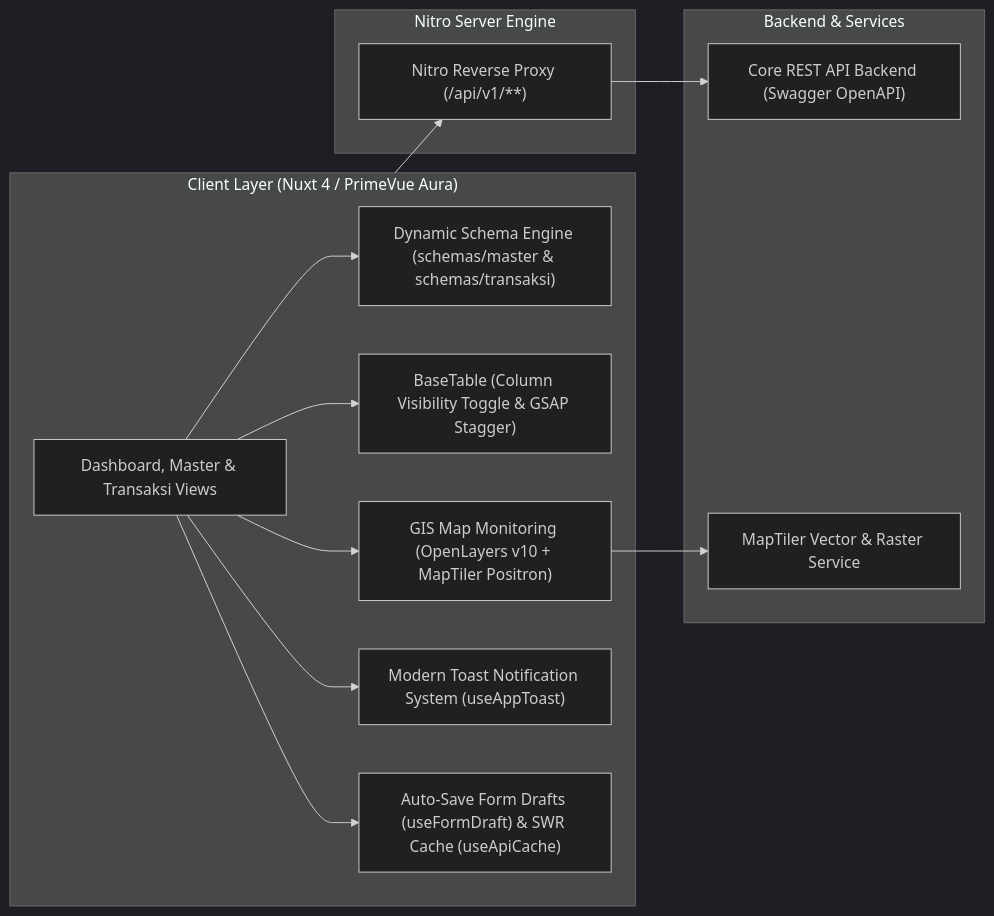
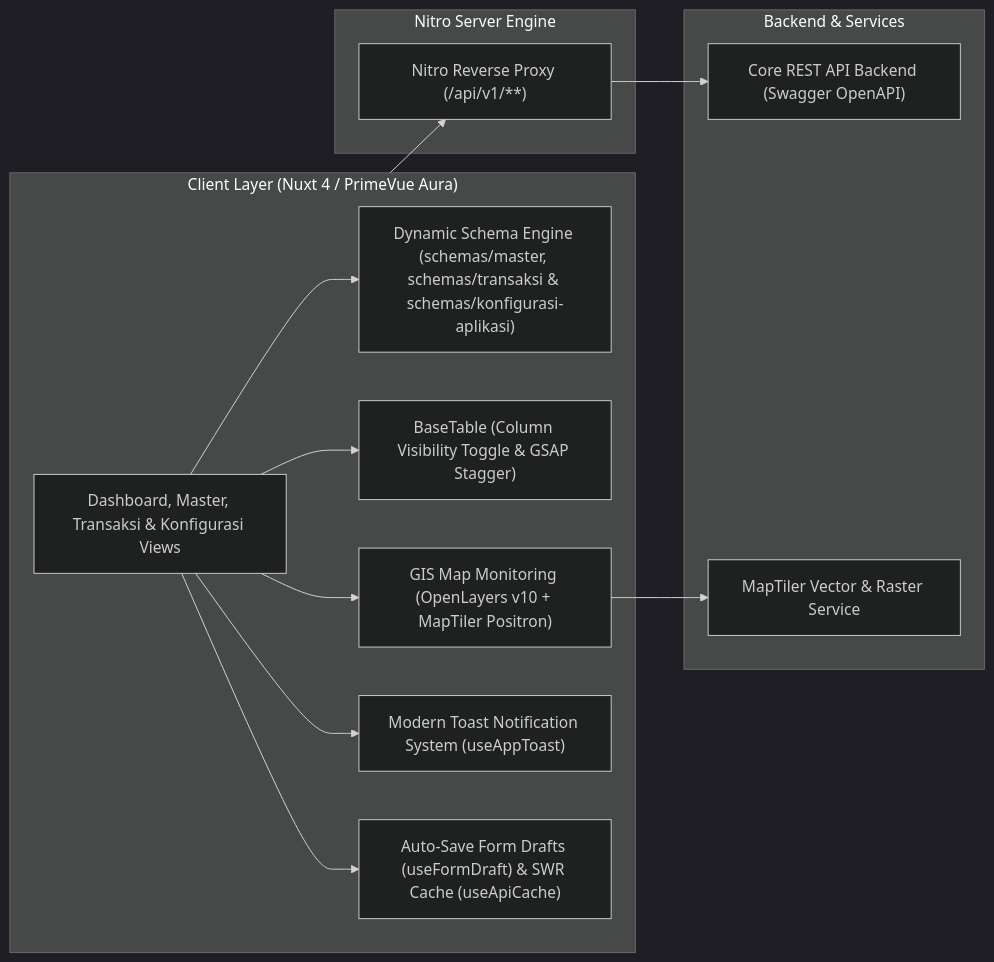
The diagram in README.md (fernandoparhusip/tambora), drawn with Mermaid (dark theme) before and after one commit. The commit also changed other lines of this file and 46 other files, not shown here.

Commit message:
feat: implement comprehensive dashboard, master data, and transaction modules with reusable UI components and composables

````diff
--- a/README.md
+++ b/README.md
@@ -29,23 +29,23 @@
 ```mermaid
 graph LR
     subgraph CLIENT["Client Layer (Nuxt 4 / PrimeVue Aura)"]
-        UI["Dashboard, Master & Transaksi Views"] --> FORM["Dynamic Schema Engine (schemas/master & schemas/transaksi)"]
+        UI["Dashboard, Master, Transaksi & Konfigurasi Views"] --> FORM["Dynamic Schema Engine (schemas/master, schemas/transaksi & schemas/konfigurasi-aplikasi)"]
         UI --> TABLE["BaseTable (Column Visibility Toggle & GSAP Stagger)"]
         UI --> GIS["GIS Map Monitoring (OpenLayers v10 + MapTiler Positron)"]
         UI --> TOAST["Modern Toast Notification System (useAppToast)"]
         UI --> DRAFT["Auto-Save Form Drafts (useFormDraft) & SWR Cache (useApiCache)"]
     end
 
     subgraph PROXY["Nitro Server Engine"]
         ROUTER["Nitro Reverse Proxy (/api/v1/**)"]
     end
 
     subgraph BACKEND["Backend & Services"]
         API["Core REST API Backend (Swagger OpenAPI)"]
         GIS_SERVER["MapTiler Vector & Raster Service"]
     end
 
     CLIENT --> ROUTER
     ROUTER --> API
     GIS --> GIS_SERVER
 ```
````
